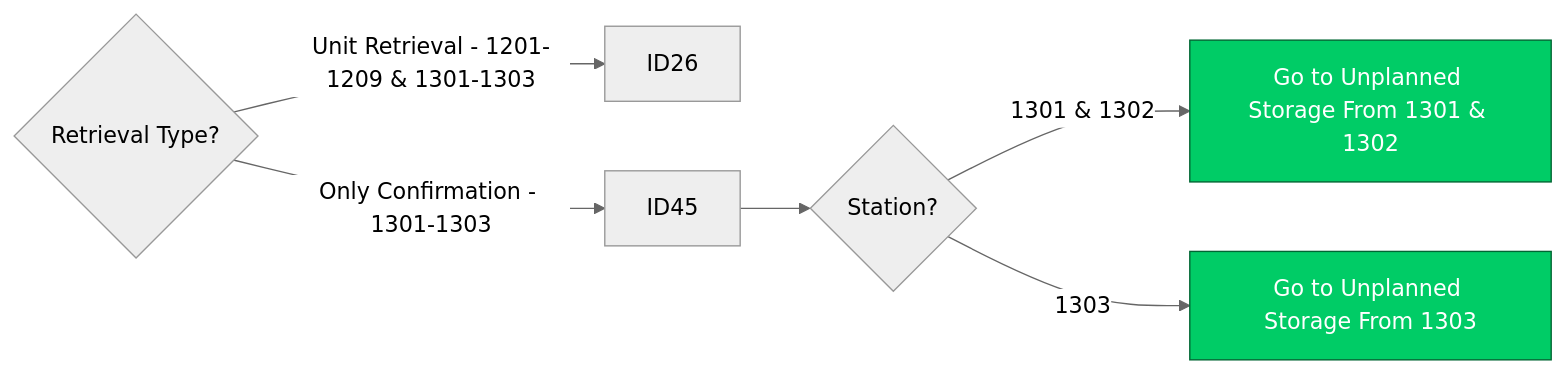
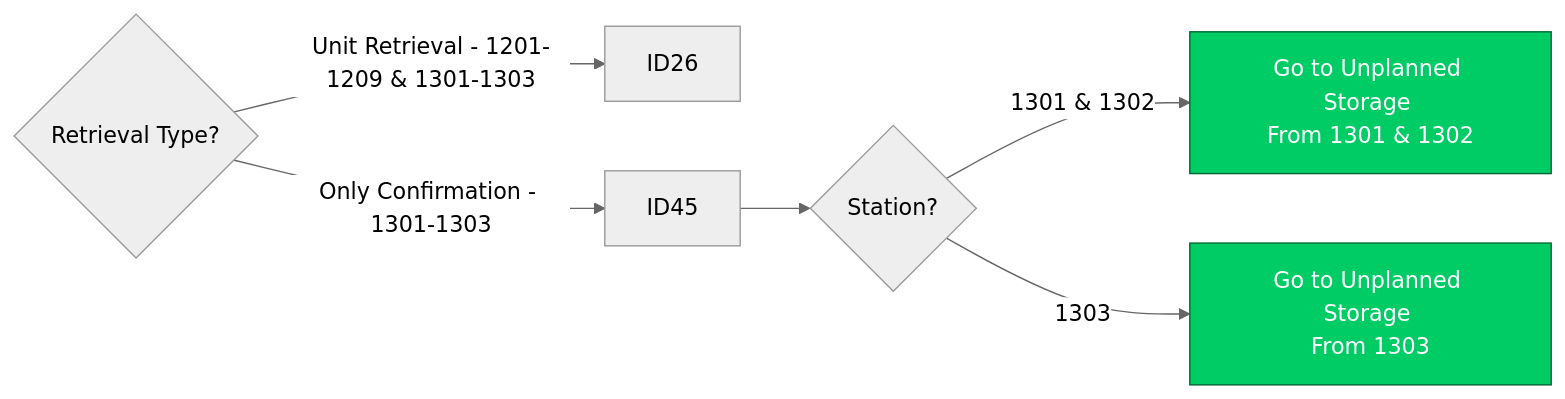
Before and after one commit to luthfiadityaa/SimeDarby-Wiki: the fourth of 20 diagrams in Basic-Design/DFD-WMS/Retrieval/Specific-Location-Retrieval-Setting.md, drawn with Mermaid (neutral theme).

Commit message:
Updated Specific Location Retrieval Setting

```diff
--- a/Basic-Design/DFD-WMS/Retrieval/Specific-Location-Retrieval-Setting.md
+++ b/Basic-Design/DFD-WMS/Retrieval/Specific-Location-Retrieval-Setting.md
@@ -34,12 +34,14 @@
 ::: mermaid
 flowchart LR
 Cond2{Retrieval Type?}--> |Unit Retrieval - 1201-1209 & 1301-1303| P13[ID26]
 Cond2{Retrieval Type?}--> |Only Confirmation - 1301-1303| P14[ID45]-->Cond3{Station?}
-Cond3{Station?}-->|1301 & 1302| P15[Go to Unplanned Storage From 1301 & 1302]
-Cond3{Station?}-->|1303| P16[Go to Unplanned Storage From 1303] 
+Cond3{Station?}-->|1301 & 1302| P15[Go to Unplanned Storage 
+From 1301 & 1302]
+Cond3{Station?}-->|1303| P16[Go to Unplanned Storage 
+From 1303] 
 
 click P15 "https://dev.azure.com/Daifuku-SW/ID_SimeDarbyPlantation/_wiki/wikis/ID_SimeDarbyPlantation.wiki/948/Unplanned-Storage-from-HP" "Go to HP"
 click P16 "https://dev.azure.com/Daifuku-SW/ID_SimeDarbyPlantation/_wiki/wikis/ID_SimeDarbyPlantation.wiki/880/Unplanned-Storage-from-OP-Area" "Go to OP"
 style P15 fill:#00cc66,stroke:#006633,color:#ffffff
 style P16 fill:#00cc66,stroke:#006633,color:#ffffff
 :::
```
